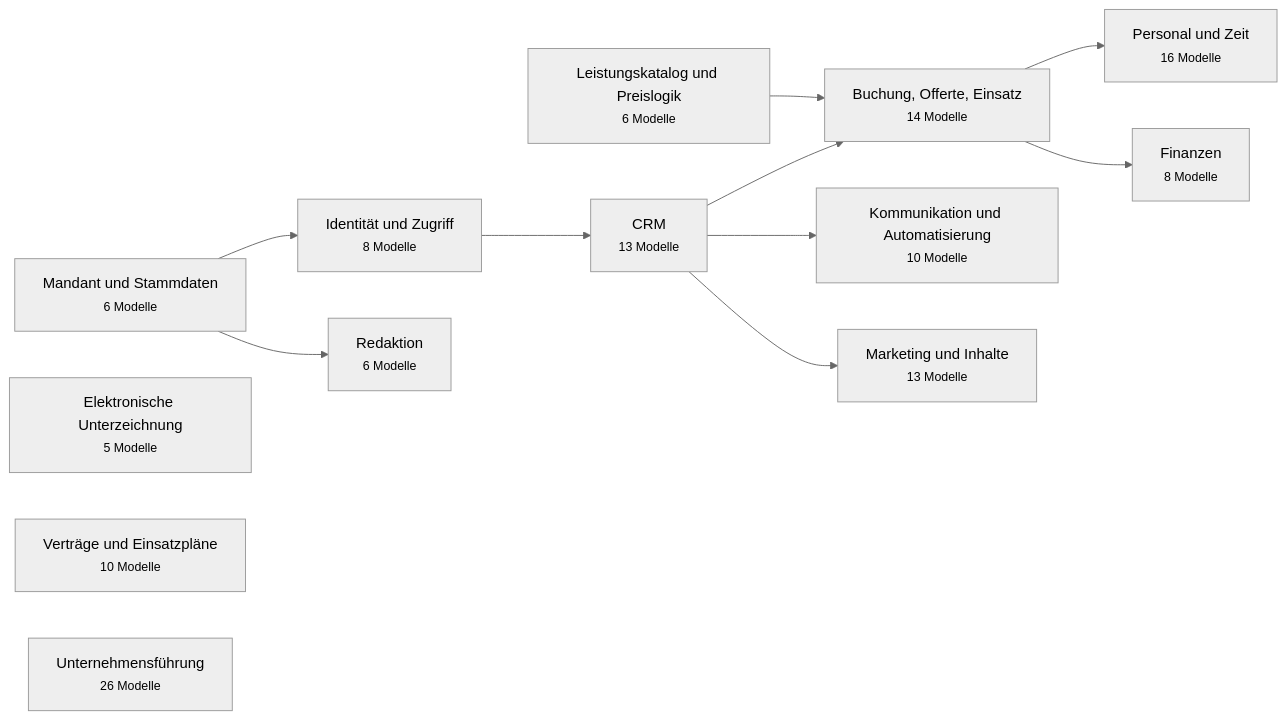
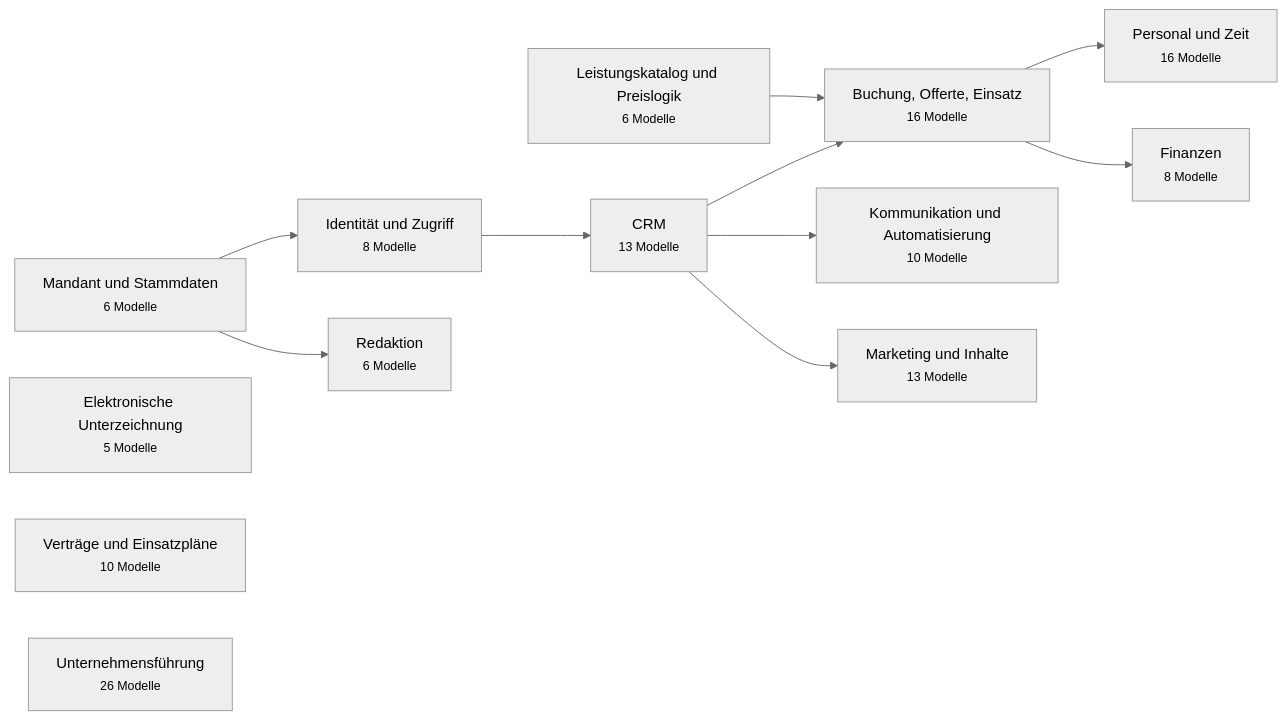
One commit to javadqasemi/Clenaris changed the first of 14 diagrams in docs/DATABASE.md. Above: the diagram before and after it, drawn with Mermaid (neutral theme). The commit also changed other lines of this file and 28 other files, not shown here.

````diff
--- a/docs/DATABASE.md
+++ b/docs/DATABASE.md
@@ -36,25 +36,25 @@
 ```mermaid
 flowchart LR
   stammdaten["Mandant und Stammdaten<br/><small>6 Modelle</small>"]
   identitaet["Identität und Zugriff<br/><small>8 Modelle</small>"]
   signatur["Elektronische Unterzeichnung<br/><small>5 Modelle</small>"]
   crm["CRM<br/><small>13 Modelle</small>"]
   katalog["Leistungskatalog und Preislogik<br/><small>6 Modelle</small>"]
-  auftrag["Buchung, Offerte, Einsatz<br/><small>14 Modelle</small>"]
+  auftrag["Buchung, Offerte, Einsatz<br/><small>16 Modelle</small>"]
   vertraege["Verträge und Einsatzpläne<br/><small>10 Modelle</small>"]
   personal["Personal und Zeit<br/><small>16 Modelle</small>"]
   finanzen["Finanzen<br/><small>8 Modelle</small>"]
   kommunikation["Kommunikation und Automatisierung<br/><small>10 Modelle</small>"]
   marketing["Marketing und Inhalte<br/><small>13 Modelle</small>"]
   redaktion["Redaktion<br/><small>6 Modelle</small>"]
   fuehrung["Unternehmensführung<br/><small>26 Modelle</small>"]
   stammdaten --> identitaet
   identitaet --> crm
   crm --> auftrag
   katalog --> auftrag
   auftrag --> personal
   auftrag --> finanzen
   crm --> kommunikation
   crm --> marketing
   stammdaten --> redaktion
 ```
````
